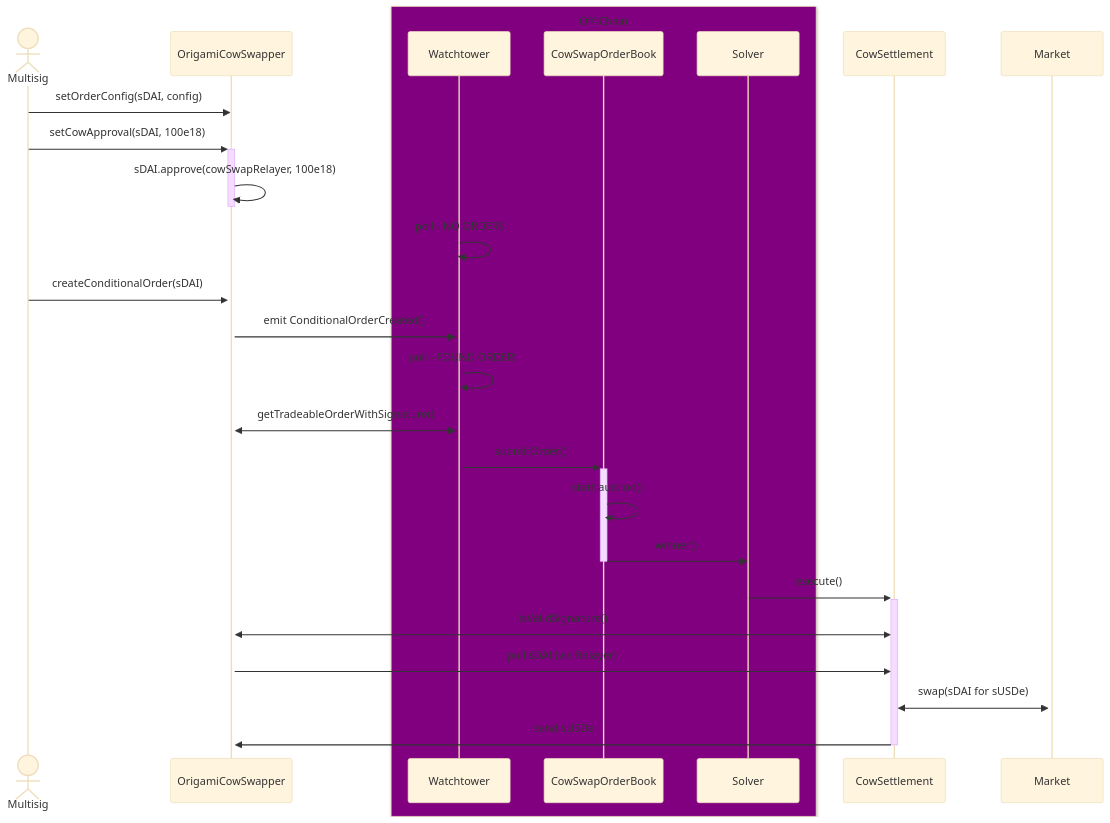
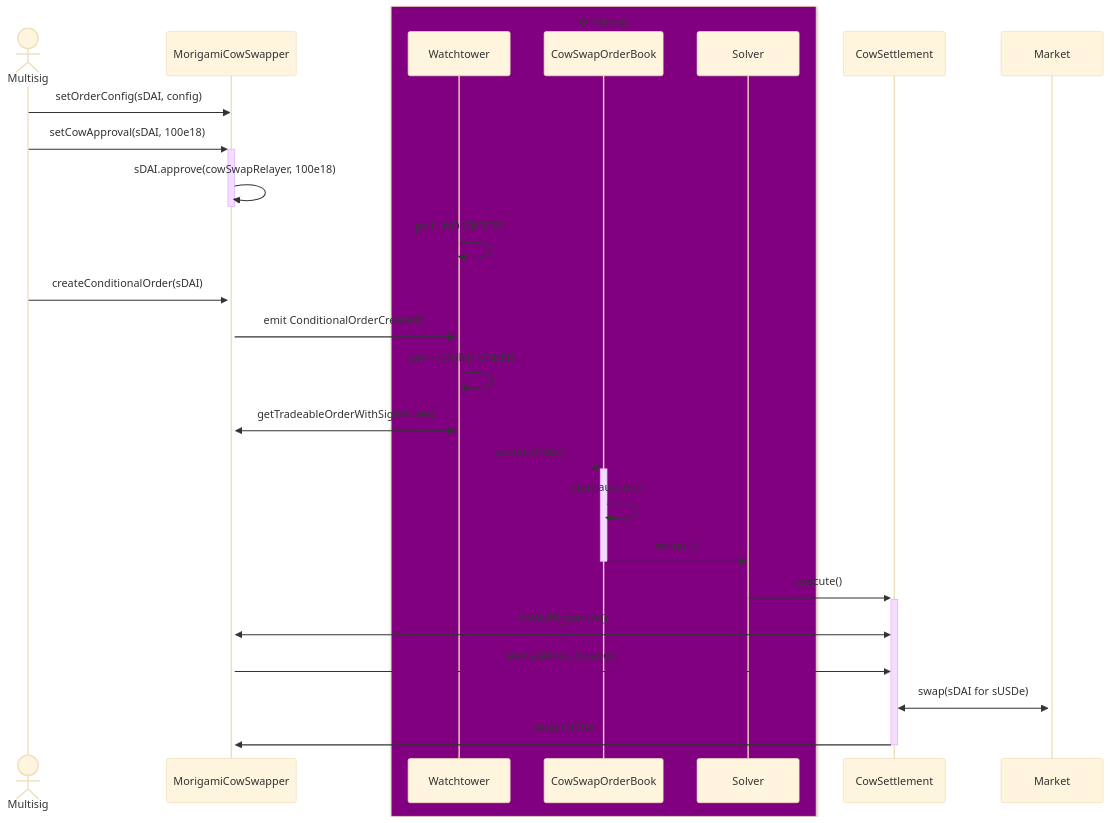
The diagram in apps/protocol/contracts/common/swappers/README.md (deathwing00000/Morigami), drawn with Mermaid (base theme) before and after one commit. The commit also changed other lines of this file and 806 other files, not shown here.

````diff
--- a/apps/protocol/contracts/common/swappers/README.md
+++ b/apps/protocol/contracts/common/swappers/README.md
@@ -26,26 +25,26 @@
 ```mermaid
 sequenceDiagram
     actor Multisig
-    participant OrigamiCowSwapper
+    participant MorigamiCowSwapper
     box Purple Off-Chain
     participant Watchtower
     participant CowSwapOrderBook
     participant Solver
     end
-    Multisig->>OrigamiCowSwapper: setOrderConfig(sDAI, config)
-    Multisig->>+OrigamiCowSwapper: setCowApproval(sDAI, 100e18)
-    OrigamiCowSwapper->>-OrigamiCowSwapper: sDAI.approve(cowSwapRelayer, 100e18)
+    Multisig->>MorigamiCowSwapper: setOrderConfig(sDAI, config)
+    Multisig->>+MorigamiCowSwapper: setCowApproval(sDAI, 100e18)
+    MorigamiCowSwapper->>-MorigamiCowSwapper: sDAI.approve(cowSwapRelayer, 100e18)
     Watchtower->>+Watchtower: poll - NO ORDERS
-    Multisig->>+OrigamiCowSwapper: createConditionalOrder(sDAI)
-    OrigamiCowSwapper->>Watchtower: emit ConditionalOrderCreated()
+    Multisig->>+MorigamiCowSwapper: createConditionalOrder(sDAI)
+    MorigamiCowSwapper->>Watchtower: emit ConditionalOrderCreated()
     Watchtower->>Watchtower: poll - FOUND ORDER!
-    Watchtower<<->>OrigamiCowSwapper: getTradeableOrderWithSignature()
+    Watchtower<<->>MorigamiCowSwapper: getTradeableOrderWithSignature()
     Watchtower->>+CowSwapOrderBook: submitOrder()
     CowSwapOrderBook->>CowSwapOrderBook: start auction()
     CowSwapOrderBook->>-Solver: winner()
     Solver->>+CowSettlement: execute()
-    CowSettlement<<->>OrigamiCowSwapper: isValidSignature()
-    OrigamiCowSwapper->>CowSettlement: pull sDAI (via Relayer)
+    CowSettlement<<->>MorigamiCowSwapper: isValidSignature()
+    MorigamiCowSwapper->>CowSettlement: pull sDAI (via Relayer)
     CowSettlement<<->>+Market: swap(sDAI for sUSDe)
-    CowSettlement->>-OrigamiCowSwapper: send sUSDe
+    CowSettlement->>-MorigamiCowSwapper: send sUSDe
 ```
````
